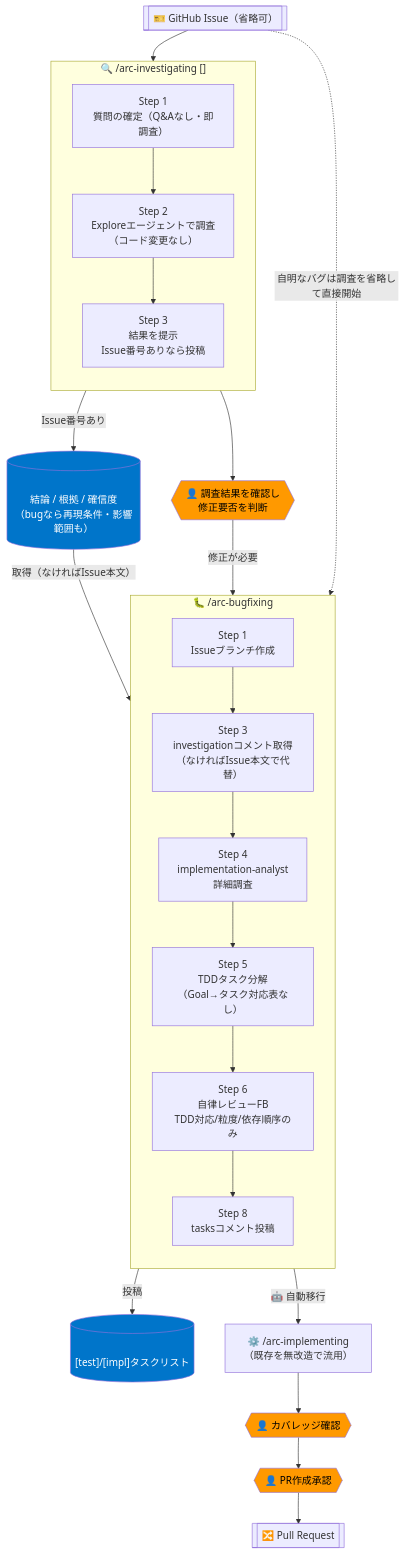
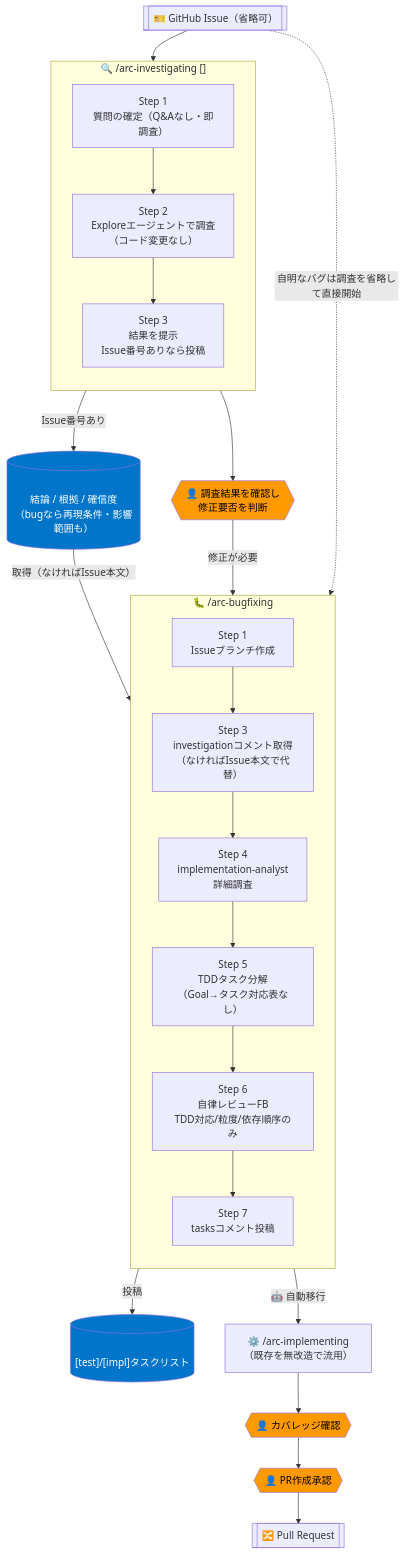
One commit to kogatakanori/skills changed the fifth of 5 diagrams in plugins/arc/docs/arc-flow.md. Above: the diagram before and after it, drawn with Mermaid. The commit also changed other lines of this file and 7 other files, not shown here.

````diff
--- a/plugins/arc/docs/arc-flow.md
+++ b/plugins/arc/docs/arc-flow.md
@@ -417,49 +415,49 @@
 ```mermaid
 flowchart TD
     Issue2[["🎫 GitHub Issue（省略可）"]]
 
     subgraph INV["🔍 /arc-investigating [<N>]"]
         direction TB
         inv1["Step 1\n質問の確定（Q&Aなし・即調査）"]
         inv2["Step 2\nExploreエージェントで調査\n（コード変更なし）"]
         inv3["Step 3\n結果を提示\nIssue番号ありなら投稿"]
         inv1 --> inv2 --> inv3
     end
 
     GH_inv[("<!-- arc:investigation -->\n結論 / 根拠 / 確信度\n（bugなら再現条件・影響範囲も）")]
     HG_inv{{"👤 調査結果を確認し\n修正要否を判断"}}
 
     subgraph BF["🐛 /arc-bugfixing <N>"]
         direction TB
         bf1["Step 1\nIssueブランチ作成"]
         bf2["Step 3\ninvestigationコメント取得\n（なければIssue本文で代替）"]
         bf3["Step 4\nimplementation-analyst\n詳細調査"]
         bf4["Step 5\nTDDタスク分解\n（Goal→タスク対応表なし）"]
         bf5["Step 6\n自律レビューFB\nTDD対応/粒度/依存順序のみ"]
-        bf6["Step 8\ntasksコメント投稿"]
+        bf6["Step 7\ntasksコメント投稿"]
         bf1 --> bf2 --> bf3 --> bf4 --> bf5 --> bf6
     end
 
     GH_tasks2[("<!-- arc:tasks -->\n[test]/[impl]タスクリスト")]
 
     IMPL2["⚙️ /arc-implementing\n（既存を無改造で流用）"]
     HG_cov2{{"👤 カバレッジ確認"}}
     HG_pr2{{"👤 PR作成承認"}}
     PR2[["🔀 Pull Request"]]
 
     Issue2 --> INV
     inv3 -->|"Issue番号あり"| GH_inv
     INV --> HG_inv
     HG_inv -->|"修正が必要"| BF
     GH_inv -->|"取得（なければIssue本文）"| bf2
     Issue2 -.->|"自明なバグは調査を省略して直接開始"| BF
     bf6 -->|投稿| GH_tasks2
     BF -->|"🤖 自動移行"| IMPL2
     IMPL2 --> HG_cov2 --> HG_pr2 --> PR2
 
     style HG_inv fill:#ff9900,color:#000
     style HG_cov2 fill:#ff9900,color:#000
     style HG_pr2 fill:#ff9900,color:#000
     style GH_inv fill:#0075ca,color:#fff
     style GH_tasks2 fill:#0075ca,color:#fff
 ```
````
